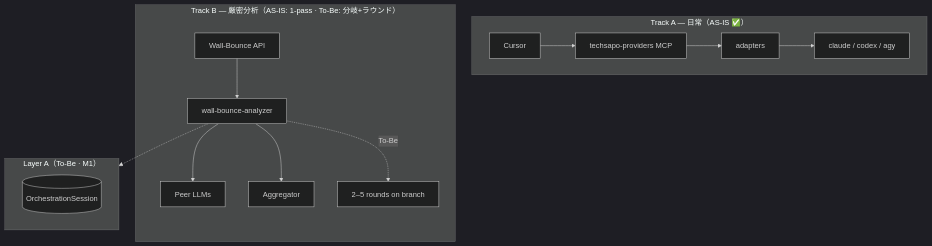
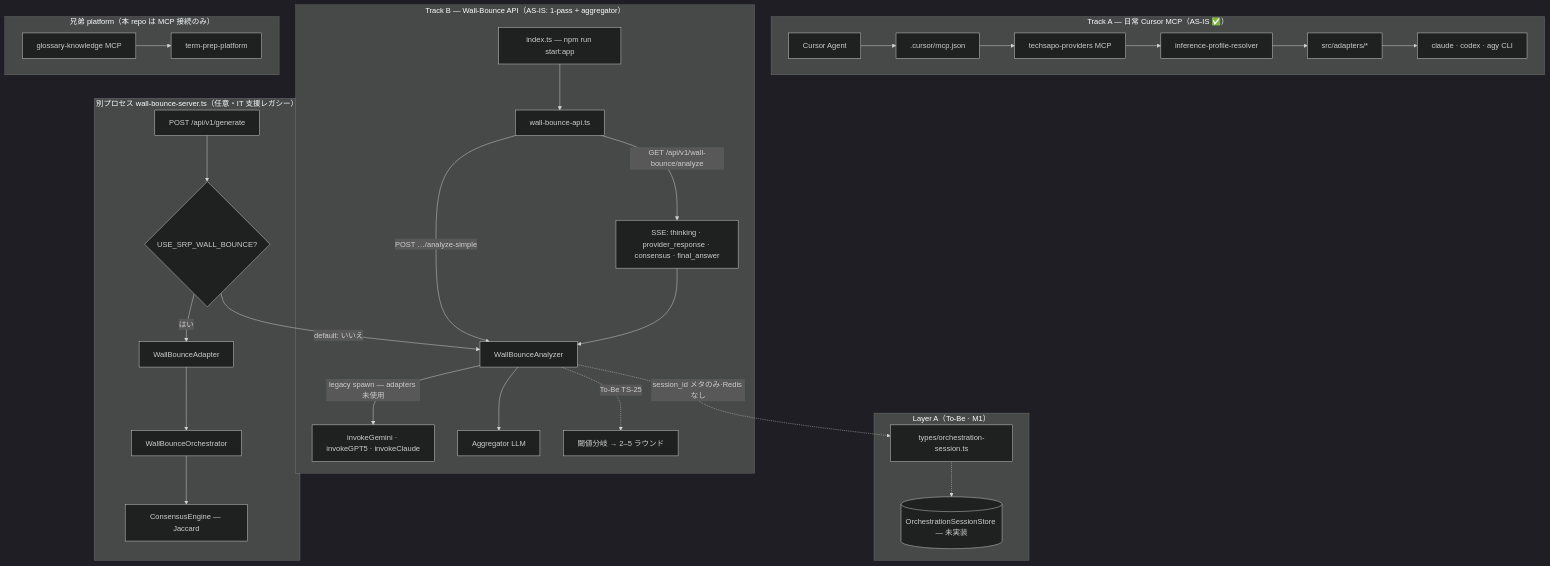
Before and after one commit to wombat2006/techdev-cursor: the diagram in README.md, drawn with Mermaid (dark theme). The commit also changed other lines of this file and 16 other files, not shown here.

First line of the commit message:
docs: TS-26 CLI metadata ADR and code-accurate README architecture

````diff
--- a/README.md
+++ b/README.md
@@ -92,20 +95,40 @@
 ```mermaid
 flowchart TB
-  subgraph trackA["Track A — 日常（AS-IS ✅）"]
-    CUR[Cursor] --> MCP[techsapo-providers MCP]
-    MCP --> AD[adapters] --> CLI[claude / codex / agy]
+  subgraph trackA["Track A — 日常 Cursor MCP（AS-IS ✅）"]
+    CUR[Cursor Agent] --> CFG[".cursor/mcp.json"]
+    CFG --> MCP[techsapo-providers MCP]
+    MCP --> RESOLVE[inference-profile-resolver]
+    RESOLVE --> AD[src/adapters/*]
+    AD --> CLI[claude · codex · agy CLI]
   end
 
-  subgraph trackB["Track B — 厳密分析（AS-IS: 1-pass · To-Be: 分岐+ラウンド）"]
-    API[Wall-Bounce API] --> WBA[wall-bounce-analyzer]
-    WBA --> PEER[Peer LLMs]
-    WBA --> AGG[Aggregator]
-    WBA -.->|To-Be| ROUNDS[2–5 rounds on branch]
+  subgraph trackB["Track B — Wall-Bounce API（AS-IS: 1-pass + aggregator）"]
+    IDX["index.ts — npm run start:app"] --> ROUTES[wall-bounce-api.ts]
+    ROUTES -->|"GET /api/v1/wall-bounce/analyze"| SSE[SSE: thinking · provider_response · consensus · final_answer]
+    ROUTES -->|"POST …/analyze-simple"| WBA[WallBounceAnalyzer]
+    SSE --> WBA
+    WBA -->|"legacy spawn — adapters 未使用"| PEER[invokeGemini · invokeGPT5 · invokeClaude]
+    WBA --> AGG[Aggregator LLM]
+    WBA -.->|"To-Be TS-25"| LOOP[閾値分岐 → 2–5 ラウンド]
+  end
+
+  subgraph altSRP["別プロセス wall-bounce-server.ts（任意・IT 支援レガシー）"]
+    WBS["POST /api/v1/generate"] --> FLAG{USE_SRP_WALL_BOUNCE?}
+    FLAG -->|"default: いいえ"| WBA
+    FLAG -->|はい| ADP[WallBounceAdapter]
+    ADP --> ORCH[WallBounceOrchestrator]
+    ORCH --> CE[ConsensusEngine — Jaccard]
+  end
+
+  subgraph platform["兄弟 platform（本 repo は MCP 接続のみ）"]
+    GK[glossary-knowledge MCP] --> TPP[term-prep-platform]
   end
 
   subgraph mem["Layer A（To-Be · M1）"]
-    REDIS[(OrchestrationSession)]
+    TYPES[types/orchestration-session.ts]
+    STORE[(OrchestrationSessionStore — 未実装)]
+    TYPES -.-> STORE
   end
 
-  WBA -.-> mem
+  WBA -.->|"session_id メタのみ·Redis なし"| TYPES
 ```
````
